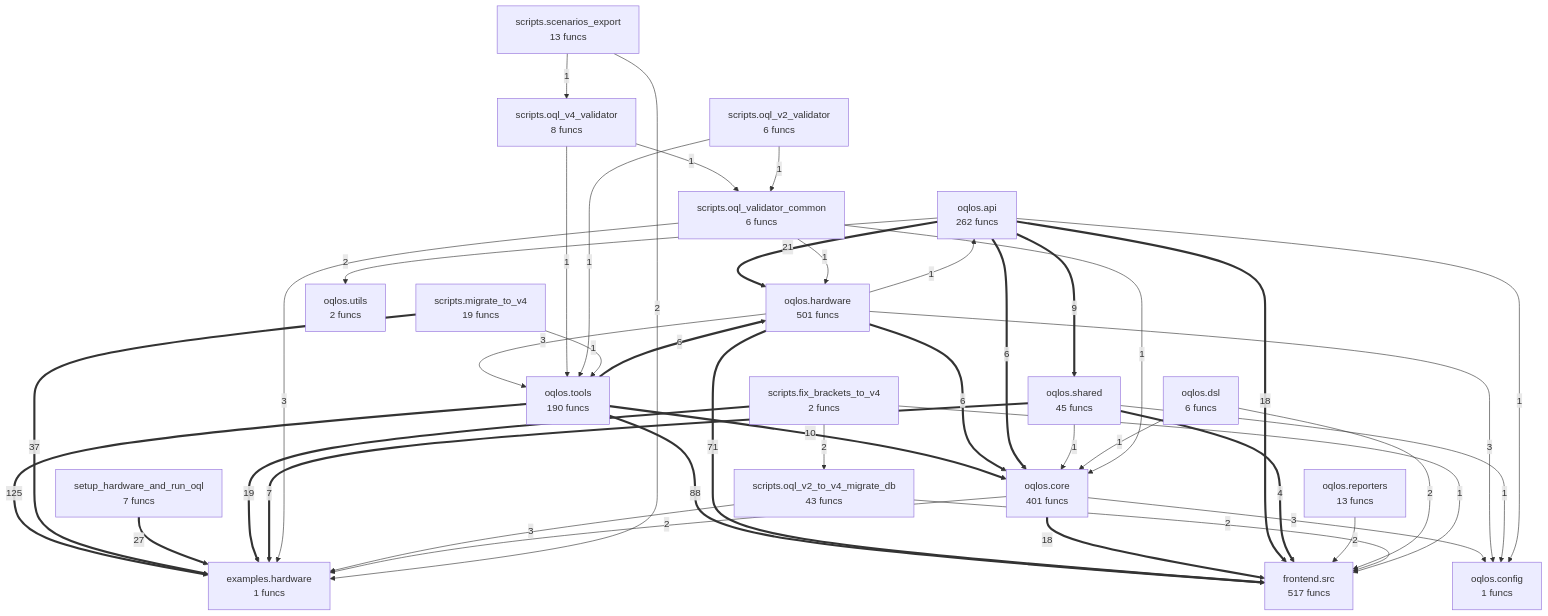
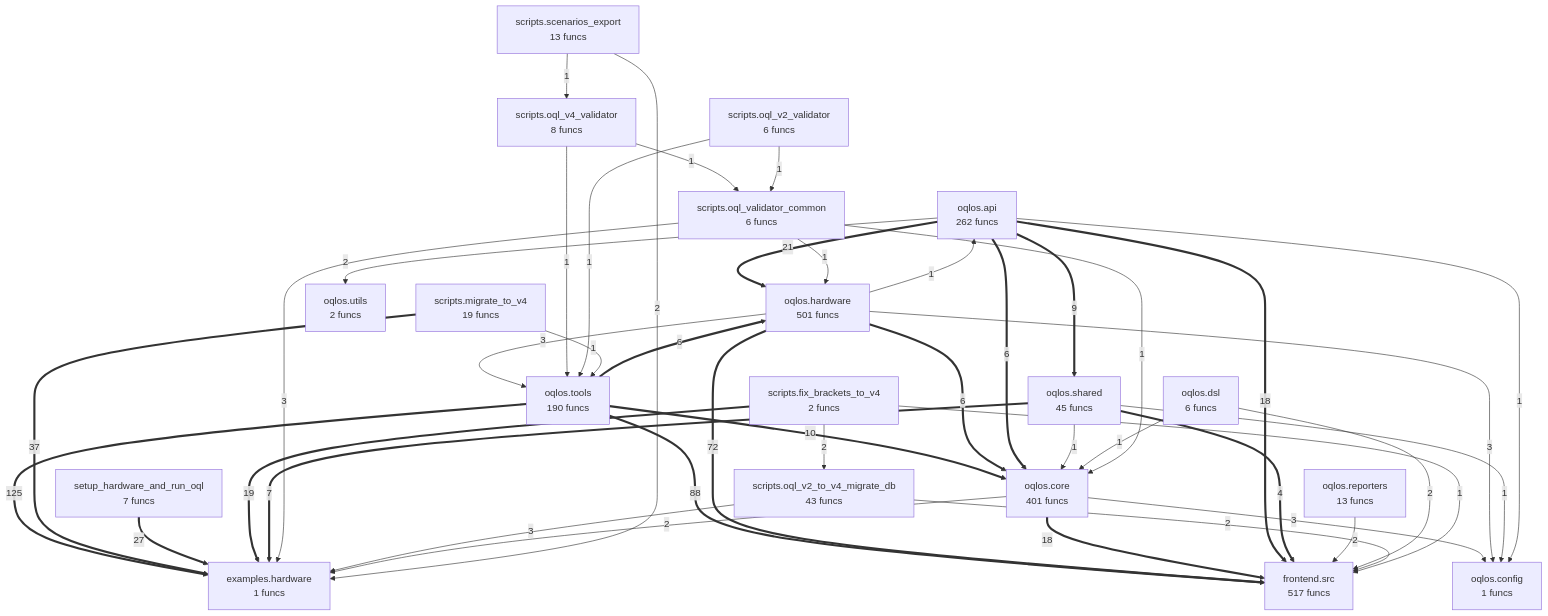
Before and after one commit to oqlos/oqlos: the diagram in project/compact_flow.mmd, drawn with Mermaid. The commit also changed 43 other files, not shown here.

```diff
--- a/project/compact_flow.mmd
+++ b/project/compact_flow.mmd
@@ -1,63 +1,63 @@
 flowchart TD
-%% generated in 0.03s
+%% generated in 0.04s
     examples__hardware["examples.hardware<br/>1 funcs"]
     frontend__src["frontend.src<br/>517 funcs"]
     oqlos__api["oqlos.api<br/>262 funcs"]
     oqlos__config["oqlos.config<br/>1 funcs"]
     oqlos__core["oqlos.core<br/>401 funcs"]
     oqlos__dsl["oqlos.dsl<br/>6 funcs"]
     oqlos__hardware["oqlos.hardware<br/>501 funcs"]
     oqlos__reporters["oqlos.reporters<br/>13 funcs"]
     oqlos__shared["oqlos.shared<br/>45 funcs"]
     oqlos__tools["oqlos.tools<br/>190 funcs"]
     oqlos__utils["oqlos.utils<br/>2 funcs"]
     scripts__fix_brackets_to_v4["scripts.fix_brackets_to_v4<br/>2 funcs"]
     scripts__migrate_to_v4["scripts.migrate_to_v4<br/>19 funcs"]
     scripts__oql_v2_to_v4_migrate_db["scripts.oql_v2_to_v4_migrate_db<br/>43 funcs"]
     scripts__oql_v2_validator["scripts.oql_v2_validator<br/>6 funcs"]
     scripts__oql_v4_validator["scripts.oql_v4_validator<br/>8 funcs"]
     scripts__oql_validator_common["scripts.oql_validator_common<br/>6 funcs"]
     scripts__scenarios_export["scripts.scenarios_export<br/>13 funcs"]
     setup_hardware_and_run_oql["setup_hardware_and_run_oql<br/>7 funcs"]
     oqlos__tools ==>|125| examples__hardware
     oqlos__tools ==>|88| frontend__src
-    oqlos__hardware ==>|71| frontend__src
+    oqlos__hardware ==>|72| frontend__src
     scripts__migrate_to_v4 ==>|37| examples__hardware
     setup_hardware_and_run_oql ==>|27| examples__hardware
     oqlos__api ==>|21| oqlos__hardware
     scripts__fix_brackets_to_v4 ==>|19| examples__hardware
     oqlos__core ==>|18| frontend__src
     oqlos__api ==>|18| frontend__src
     oqlos__tools ==>|10| oqlos__core
     oqlos__api ==>|9| oqlos__shared
     oqlos__shared ==>|7| examples__hardware
     oqlos__tools ==>|6| oqlos__hardware
     oqlos__hardware ==>|6| oqlos__core
     oqlos__api ==>|6| oqlos__core
     oqlos__shared ==>|4| frontend__src
     oqlos__core -->|3| oqlos__config
     oqlos__hardware -->|3| oqlos__config
     oqlos__hardware -->|3| oqlos__tools
     scripts__oql_validator_common -->|3| examples__hardware
     scripts__oql_v2_to_v4_migrate_db -->|3| examples__hardware
     oqlos__core -->|2| examples__hardware
     oqlos__reporters -->|2| frontend__src
     oqlos__api -->|2| oqlos__utils
     oqlos__dsl -->|2| frontend__src
     scripts__fix_brackets_to_v4 -->|2| scripts__oql_v2_to_v4_migrate_db
     scripts__oql_v2_to_v4_migrate_db -->|2| frontend__src
     scripts__scenarios_export -->|2| examples__hardware
     oqlos__hardware -->|1| oqlos__api
     oqlos__shared -->|1| oqlos__core
     oqlos__shared -->|1| oqlos__config
     oqlos__api -->|1| oqlos__config
     oqlos__dsl -->|1| oqlos__core
     scripts__oql_validator_common -->|1| oqlos__core
     scripts__oql_validator_common -->|1| oqlos__hardware
     scripts__oql_v4_validator -->|1| oqlos__tools
     scripts__oql_v4_validator -->|1| scripts__oql_validator_common
     scripts__fix_brackets_to_v4 -->|1| frontend__src
     scripts__oql_v2_validator -->|1| oqlos__tools
     scripts__oql_v2_validator -->|1| scripts__oql_validator_common
     scripts__migrate_to_v4 -->|1| oqlos__tools
     scripts__scenarios_export -->|1| scripts__oql_v4_validator
```
